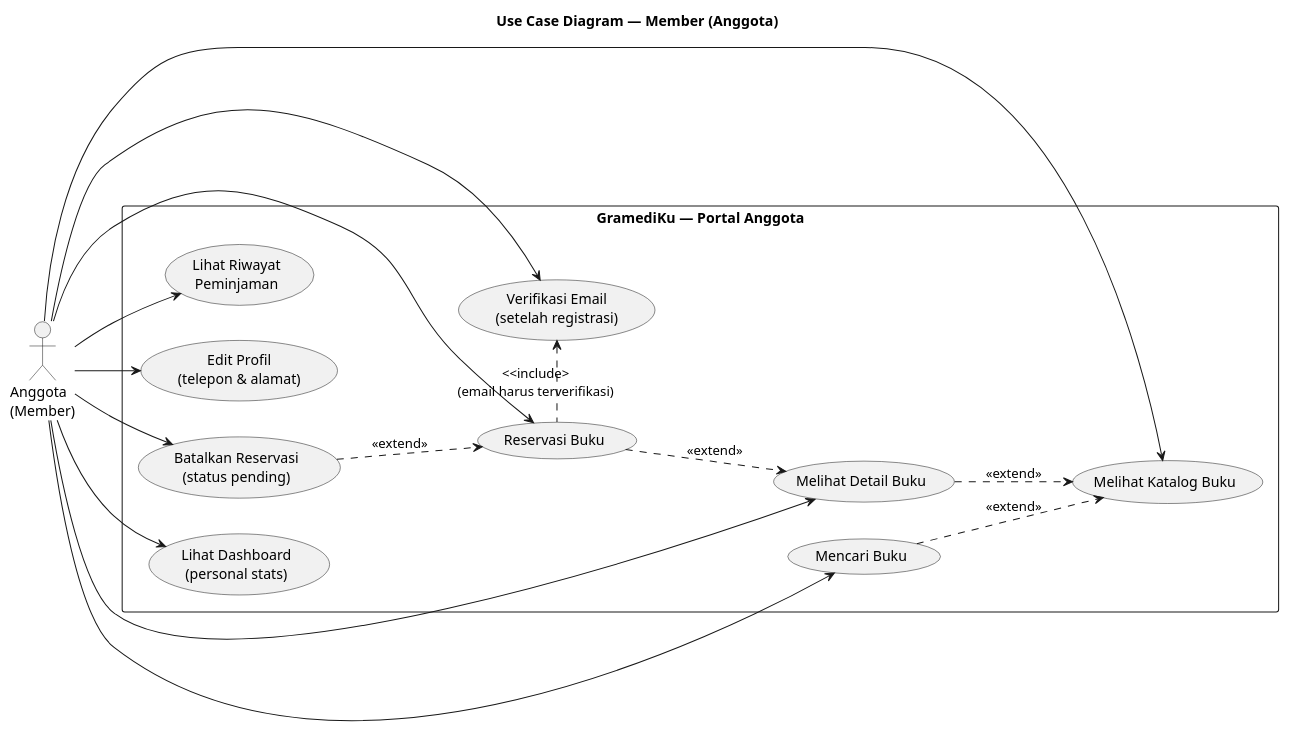
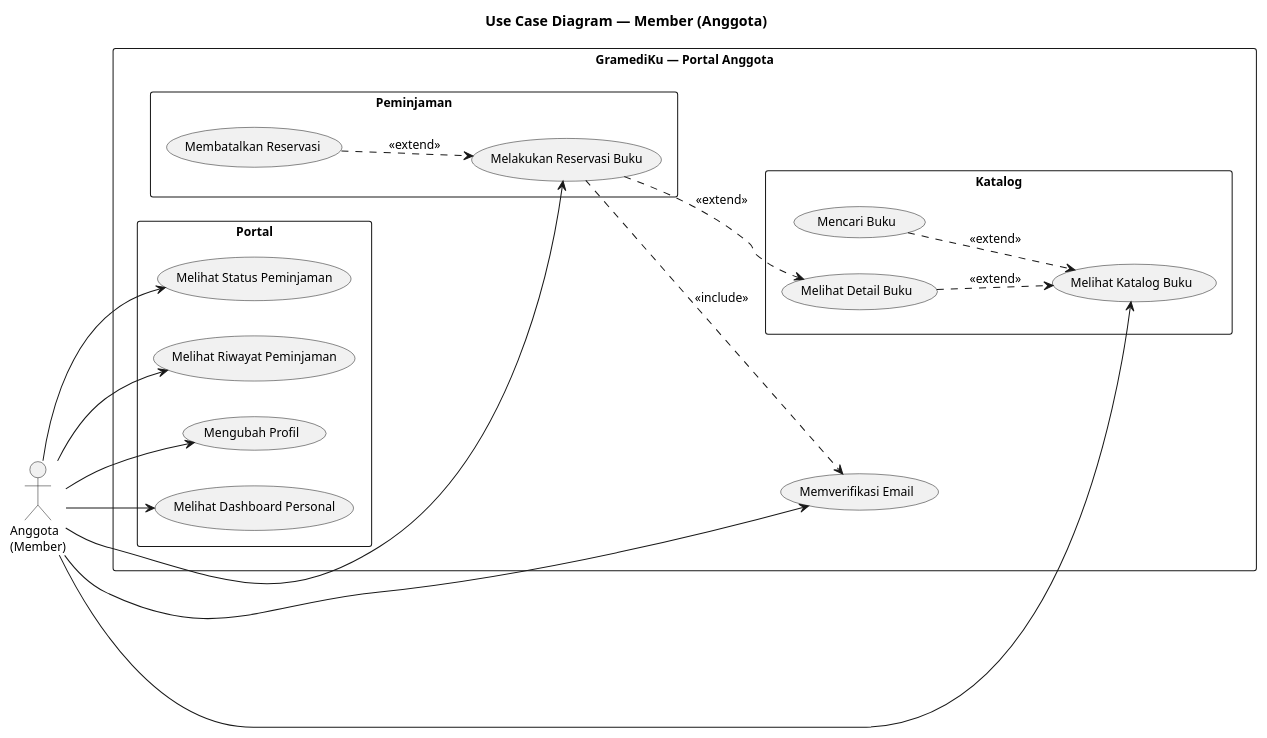
The diagram in docs/use-cases/member.puml (CallMeJaja/sistem-manajemen-perpustakaan), drawn with PlantUML before and after one commit. The commit also changed 29 other files, not shown here.

```diff
--- a/docs/use-cases/member.puml
+++ b/docs/use-cases/member.puml
@@ -1,37 +1,47 @@
 @startuml
 title Use Case Diagram — Member (Anggota)
 
+skinparam defaultFontSize 12
+skinparam packageFontSize 11
+skinparam packageStyle rectangle
 left to right direction
-skinparam packageStyle rectangle
 
 actor "Anggota\n(Member)" as Member
 
 rectangle "GramediKu — Portal Anggota" {
-  usecase "Verifikasi Email\n(setelah registrasi)" as UC1
-  usecase "Melihat Katalog Buku" as UC2
-  usecase "Mencari Buku" as UC3
-  usecase "Melihat Detail Buku" as UC4
-  usecase "Reservasi Buku" as UC5
-  usecase "Batalkan Reservasi\n(status pending)" as UC6
-  usecase "Lihat Dashboard\n(personal stats)" as UC7
-  usecase "Lihat Riwayat\nPeminjaman" as UC8
-  usecase "Edit Profil\n(telepon & alamat)" as UC9
+  usecase "Memverifikasi Email" as UC1
+
+  package "Katalog" {
+    usecase "Melihat Katalog Buku" as UC2
+    usecase "Mencari Buku" as UC3
+    usecase "Melihat Detail Buku" as UC4
+  }
+
+  package "Peminjaman" {
+    usecase "Melakukan Reservasi Buku" as UC5
+    usecase "Membatalkan Reservasi" as UC6
+  }
+
+  package "Portal" {
+    usecase "Melihat Dashboard Personal" as UC7
+    usecase "Melihat Status Peminjaman" as UC8
+    usecase "Melihat Riwayat Peminjaman" as UC9
+    usecase "Mengubah Profil" as UC10
+  }
 }
 
 Member --> UC1
 Member --> UC2
-Member --> UC3
-Member --> UC4
 Member --> UC5
-Member --> UC6
 Member --> UC7
 Member --> UC8
 Member --> UC9
+Member --> UC10
 
 UC3 ..> UC2 : <<extend>>
 UC4 ..> UC2 : <<extend>>
 UC5 ..> UC4 : <<extend>>
 UC6 ..> UC5 : <<extend>>
-UC1 <. UC5 : <<include>\n(email harus terverifikasi)
+UC5 ..> UC1 : <<include>>
 
 @enduml
```
